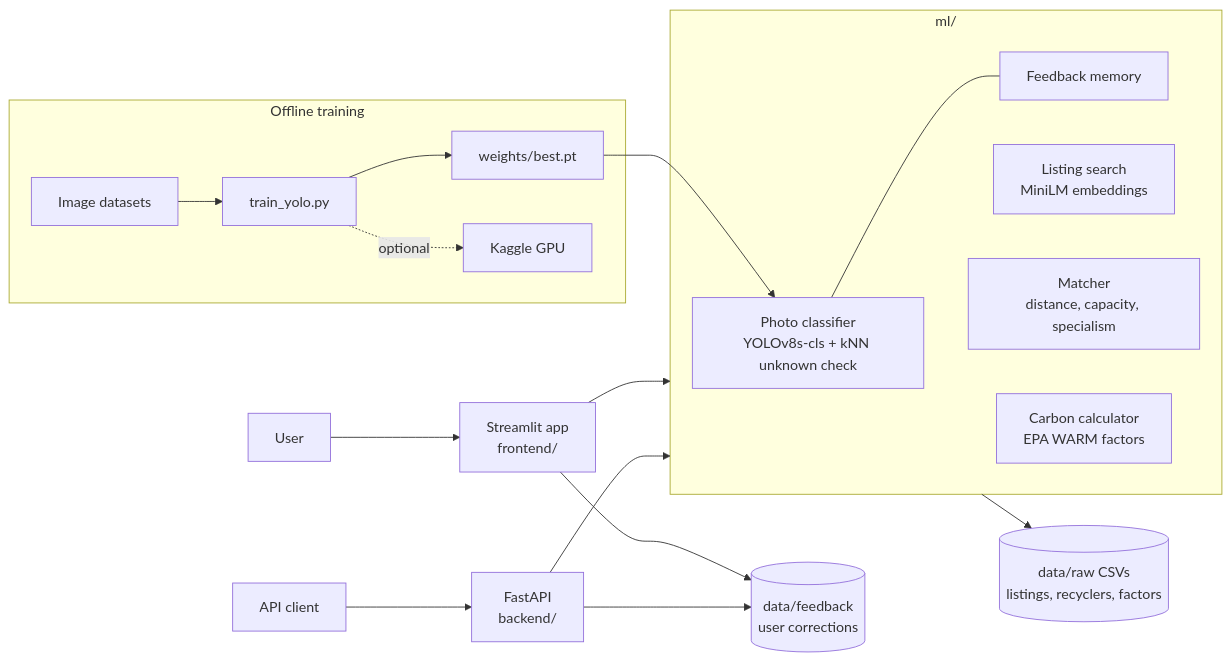
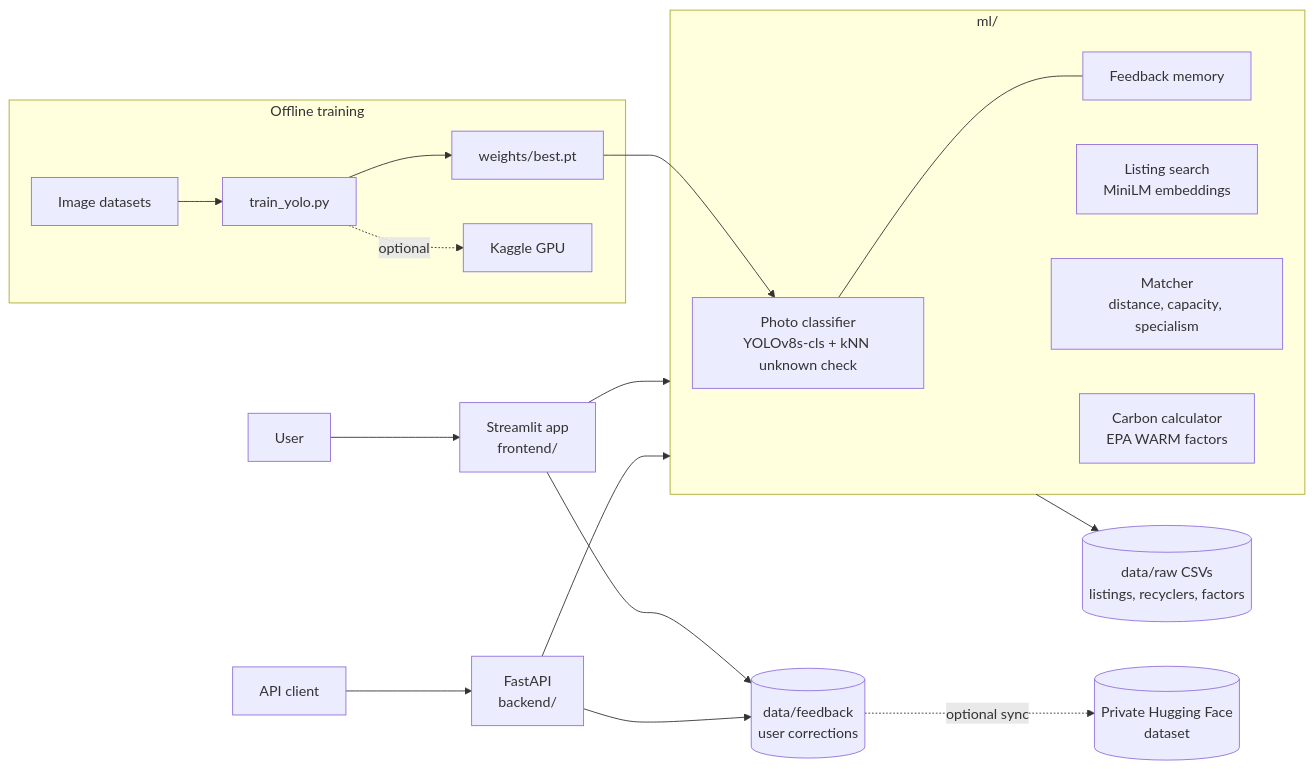
The diagram in README.md (prajyotkotekar/MaterialMatch), drawn with Mermaid before and after one commit. The commit also changed other lines of this file and 5 other files, not shown here.

````diff
--- a/README.md
+++ b/README.md
@@ -23,27 +23,28 @@
 ```mermaid
 flowchart LR
     U[User] --> FE[Streamlit app<br/>frontend/]
     C[API client] --> BE[FastAPI<br/>backend/]
 
     FE --> ML
     BE --> ML
 
     subgraph ML[ml/]
         CLS[Photo classifier<br/>YOLOv8s-cls + kNN unknown check]
         MEM[Feedback memory]
         EMB[Listing search<br/>MiniLM embeddings]
         MAT[Matcher<br/>distance, capacity, specialism]
         CO2[Carbon calculator<br/>EPA WARM factors]
     end
 
     CLS --- MEM
     ML --> CSV[(data/raw CSVs<br/>listings, recyclers, factors)]
     FE --> FB[(data/feedback<br/>user corrections)]
     BE --> FB
+    FB -. optional sync .-> HF[(Private Hugging Face<br/>dataset)]
 
     subgraph Training[Offline training]
         DS[Image datasets] --> TR[train_yolo.py] --> W[weights/best.pt]
         TR -. optional .-> KG[Kaggle GPU]
     end
     W --> CLS
 ```
````
